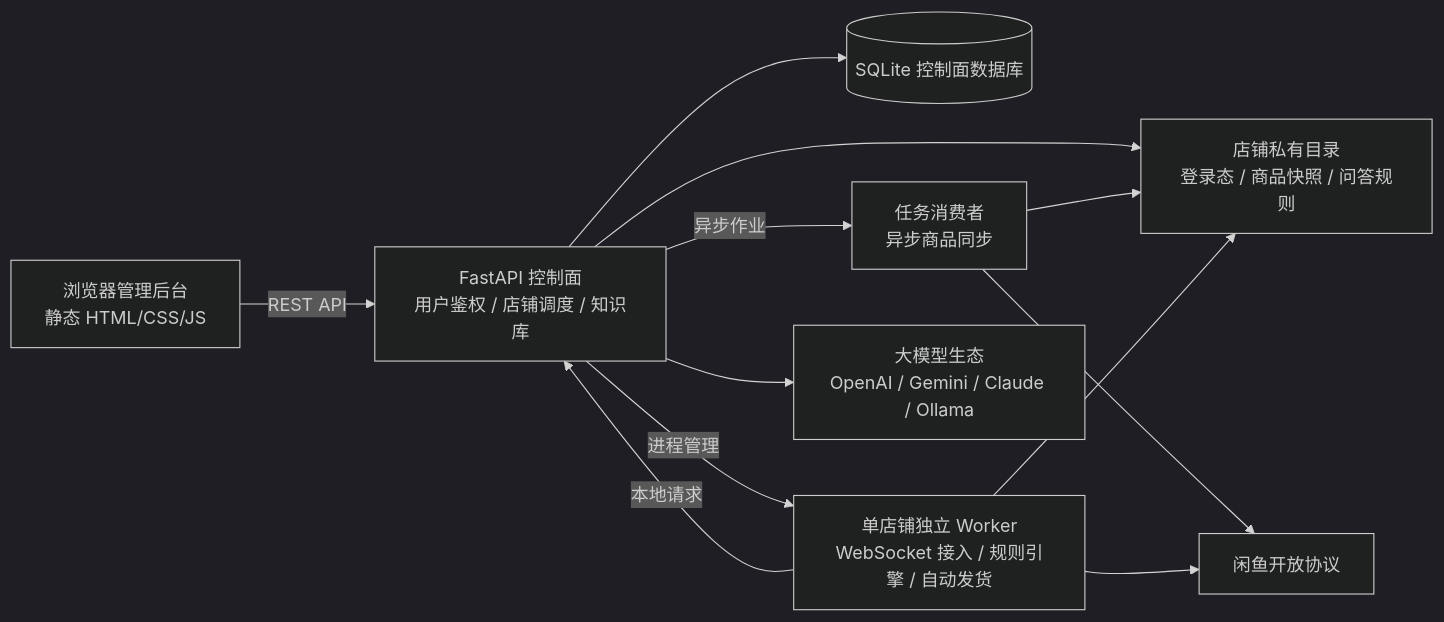
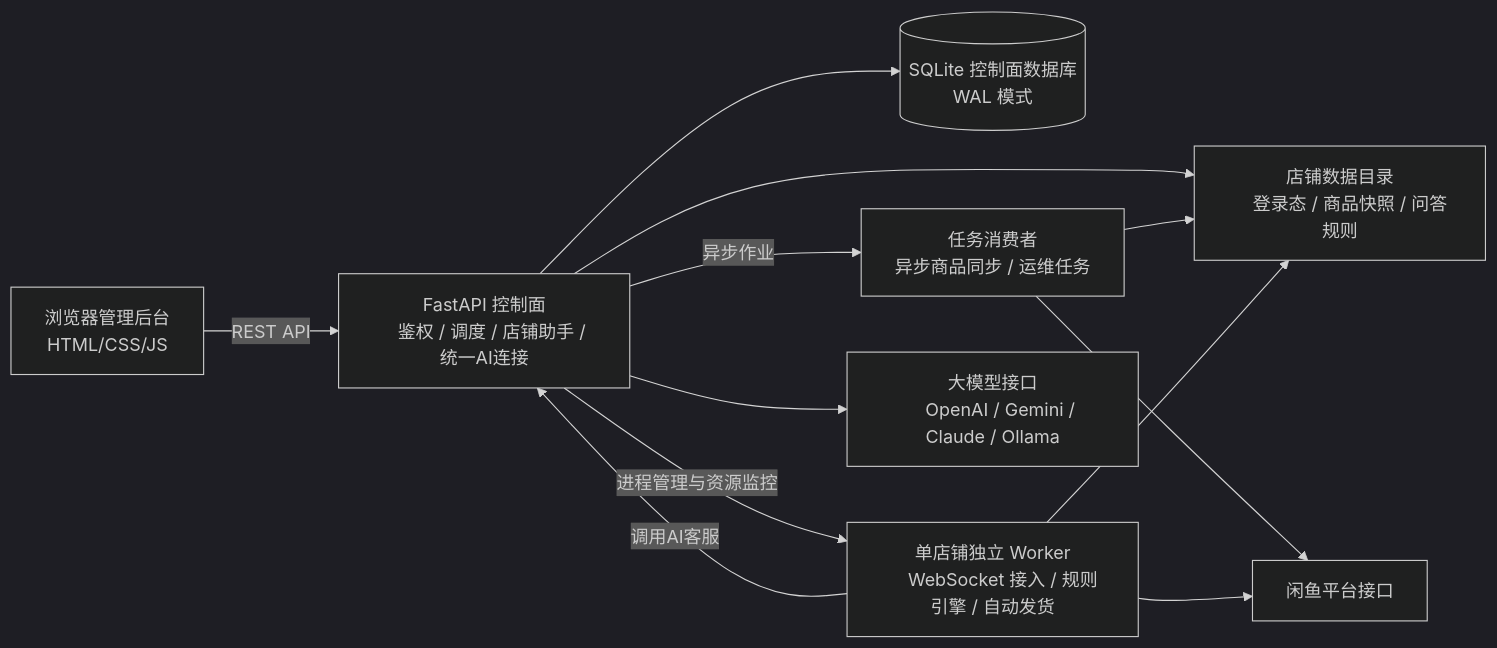
Before and after one commit to tswawa/xianyu-saas: the diagram in docs/ARCHITECTURE.md, drawn with Mermaid (dark theme). The commit also changed other lines of this file and 34 other files, not shown here.

````diff
--- a/docs/ARCHITECTURE.md
+++ b/docs/ARCHITECTURE.md
@@ -9,29 +9,30 @@
 ```mermaid
 flowchart LR
     Browser[浏览器管理后台
-静态 HTML/CSS/JS]
+    HTML/CSS/JS]
     API[FastAPI 控制面
-用户鉴权 / 店铺调度 / 知识库]
-    DB[(SQLite 控制面数据库)]
-    Store[店铺私有目录
-登录态 / 商品快照 / 问答规则]
+    鉴权 / 调度 / 店铺助手 / 统一AI连接]
+    DB[(SQLite 控制面数据库
+    WAL 模式)]
+    Store[店铺数据目录
+    登录态 / 商品快照 / 问答规则]
     Consumer[任务消费者
-异步商品同步]
+    异步商品同步 / 运维任务]
     Worker[单店铺独立 Worker
-WebSocket 接入 / 规则引擎 / 自动发货]
-    Platform[闲鱼开放协议]
-    AI[大模型生态
-OpenAI / Gemini / Claude / Ollama]
+    WebSocket 接入 / 规则引擎 / 自动发货]
+    Platform[闲鱼平台接口]
+    AI[大模型接口
+    OpenAI / Gemini / Claude / Ollama]
 
     Browser -->|REST API| API
     API --> DB
     API --> Store
     API -->|异步作业| Consumer
     Consumer --> Store
     Consumer --> Platform
-    API -->|进程管理| Worker
+    API -->|进程管理与资源监控| Worker
     Worker --> Store
     Worker --> Platform
-    Worker -->|本地请求| API
+    Worker -->|调用AI客服| API
     API --> AI
 ```
````
